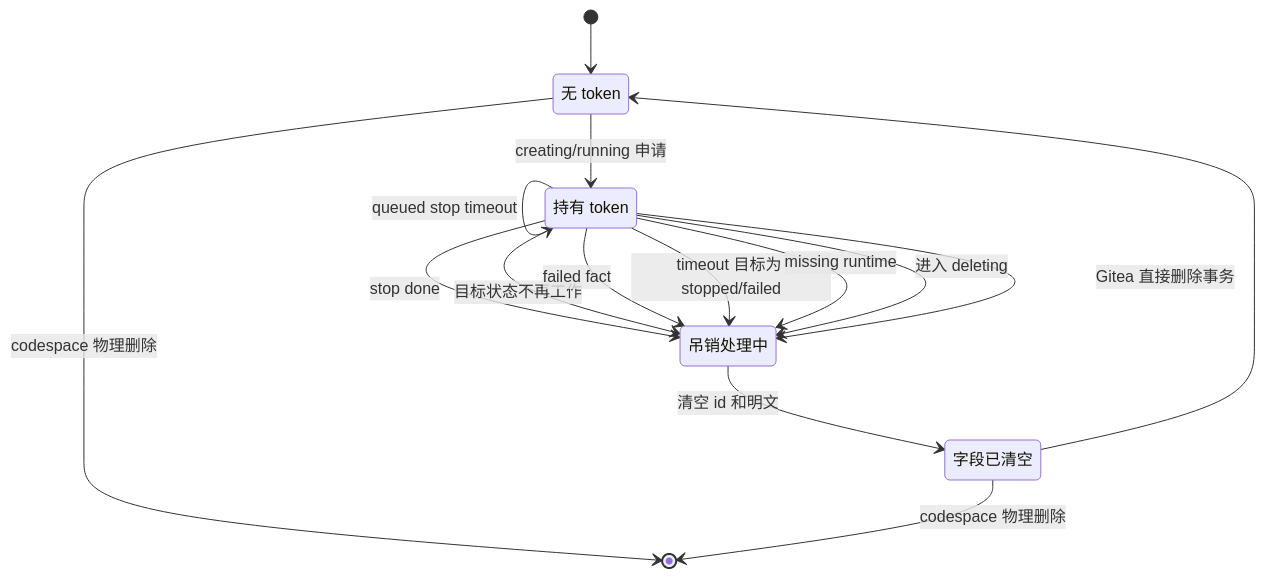
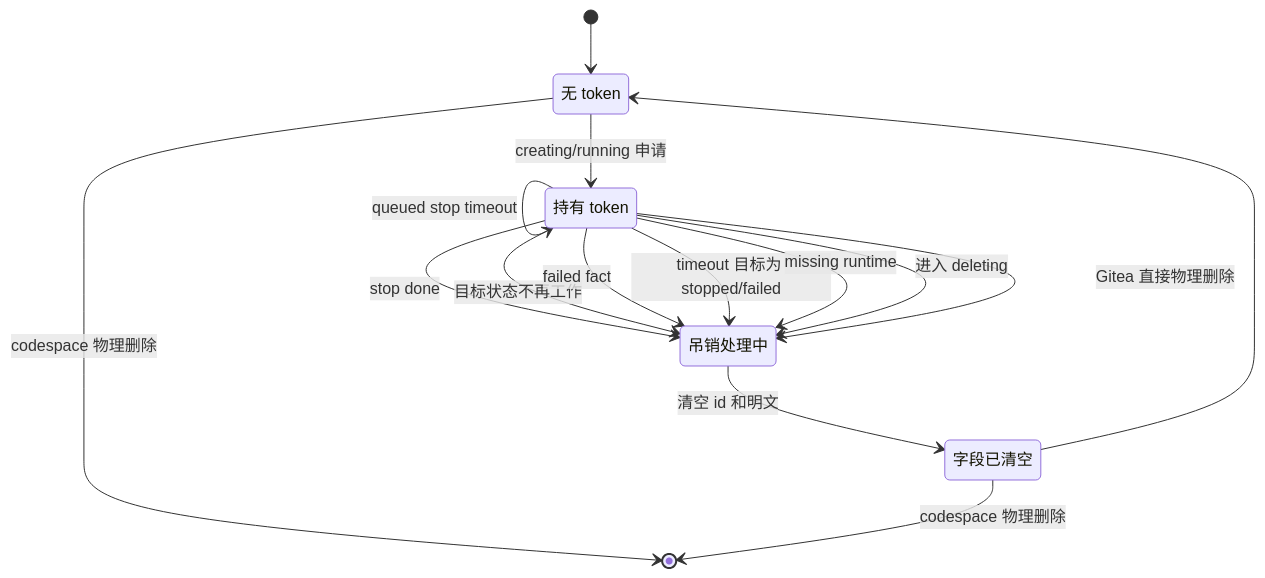
Before and after one commit to ExplodingDragon/gitea-dev: the fourth of 4 diagrams in src/state-machine.md, drawn with Mermaid. The commit also changed other lines of this file and 8 other files, not shown here.

````diff
--- a/src/state-machine.md
+++ b/src/state-machine.md
@@ -414,24 +414,24 @@
 ```mermaid
 stateDiagram-v2
     direction TB
 
     NoToken: 无 token
     HasToken: 持有 token
     Revoking: 吊销处理中
     Cleared: 字段已清空
 
     [*] --> NoToken
     NoToken --> HasToken: creating/running 申请
     HasToken --> Revoking: stop done
     HasToken --> Revoking: 目标状态不再工作
     HasToken --> Revoking: failed fact
     HasToken --> HasToken: queued stop timeout
     HasToken --> Revoking: timeout 目标为 stopped/failed
     HasToken --> Revoking: missing runtime
     HasToken --> Revoking: 进入 deleting
-    HasToken --> Revoking: Gitea 直接删除事务
+    HasToken --> Revoking: Gitea 直接物理删除
     Revoking --> Cleared: 清空 id 和明文
     Cleared --> NoToken
     NoToken --> [*]: codespace 物理删除
     Cleared --> [*]: codespace 物理删除
 ```
````
